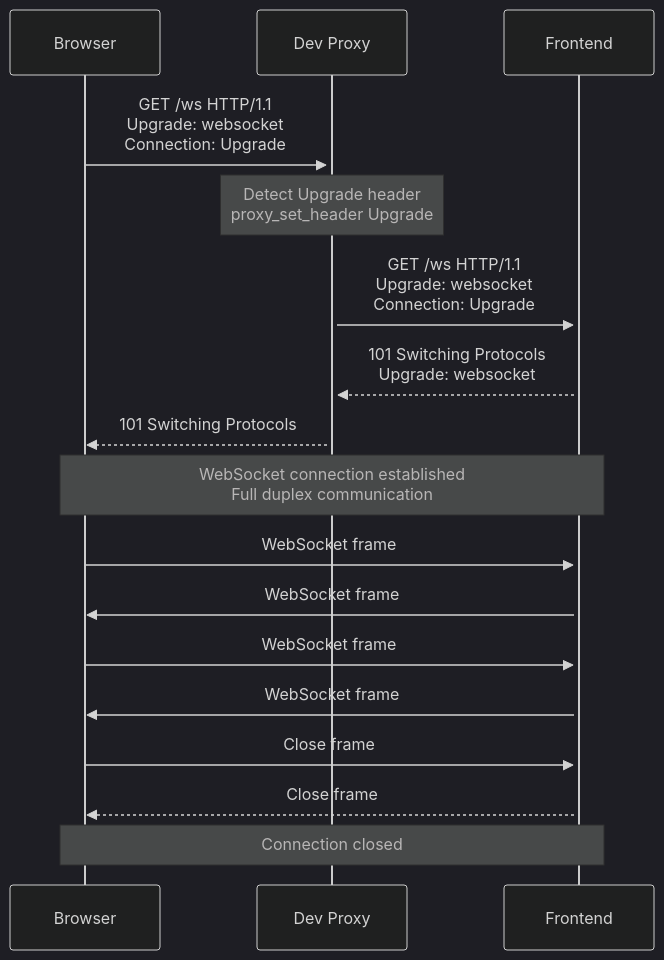
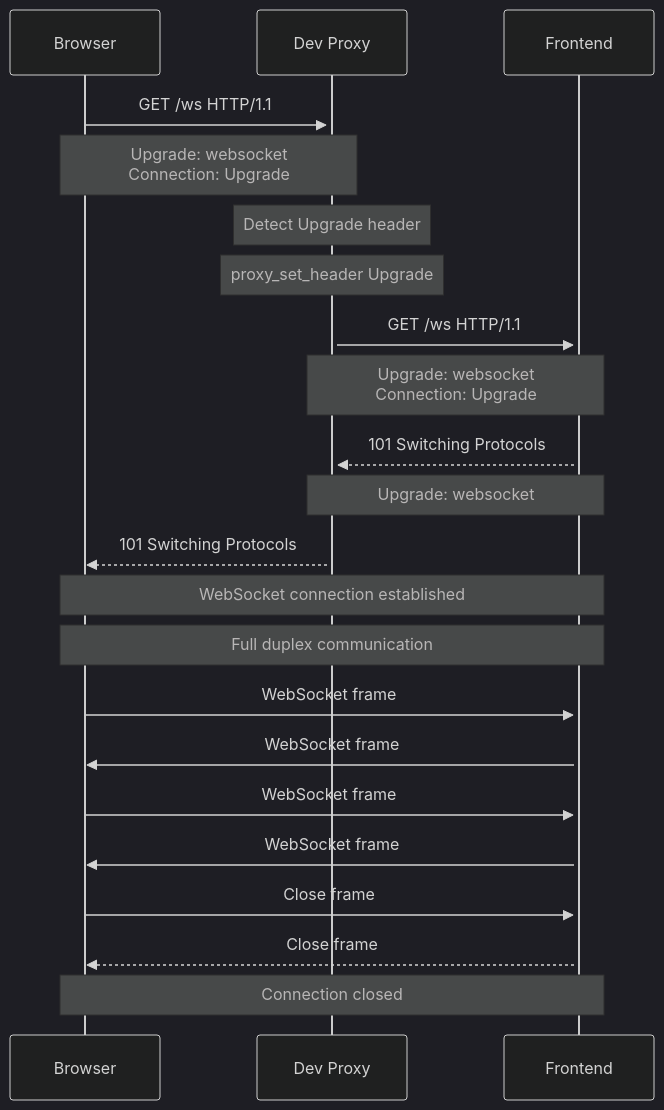
Before and after one commit to softwarewrighter/dev-proxy: the seventh of 9 diagrams in wiki/Request-Flow.md, drawn with Mermaid (dark theme). The commit also changed other lines of this file, not shown here.

First line of the commit message:
Fix all broken Mermaid sequence diagrams in Request-Flow.md

````diff
--- a/wiki/Request-Flow.md
+++ b/wiki/Request-Flow.md
@@ -252,29 +280,34 @@
 ```mermaid
 sequenceDiagram
     participant Browser
     participant DevProxy as Dev Proxy
     participant Frontend as Frontend
 
-    Browser->>+DevProxy: GET /ws HTTP/1.1<br/>Upgrade: websocket<br/>Connection: Upgrade
+    Browser->>+DevProxy: GET /ws HTTP/1.1
+    Note over Browser,DevProxy: Upgrade: websocket<br/>Connection: Upgrade
 
-    Note over DevProxy: Detect Upgrade header<br/>proxy_set_header Upgrade
+    Note over DevProxy: Detect Upgrade header
+    Note over DevProxy: proxy_set_header Upgrade
 
-    DevProxy->>+Frontend: GET /ws HTTP/1.1<br/>Upgrade: websocket<br/>Connection: Upgrade
+    DevProxy->>+Frontend: GET /ws HTTP/1.1
+    Note over DevProxy,Frontend: Upgrade: websocket<br/>Connection: Upgrade
 
-    Frontend-->>DevProxy: 101 Switching Protocols<br/>Upgrade: websocket
+    Frontend-->>DevProxy: 101 Switching Protocols
+    Note over Frontend,DevProxy: Upgrade: websocket
 
     DevProxy-->>Browser: 101 Switching Protocols
 
-    Note over Browser,Frontend: WebSocket connection established<br/>Full duplex communication
+    Note over Browser,Frontend: WebSocket connection established
+    Note over Browser,Frontend: Full duplex communication
 
     Browser->>Frontend: WebSocket frame
     Frontend->>Browser: WebSocket frame
 
     Browser->>Frontend: WebSocket frame
     Frontend->>Browser: WebSocket frame
 
     Browser->>Frontend: Close frame
     Frontend-->>Browser: Close frame
 
     Note over Browser,Frontend: Connection closed
 ```
````
